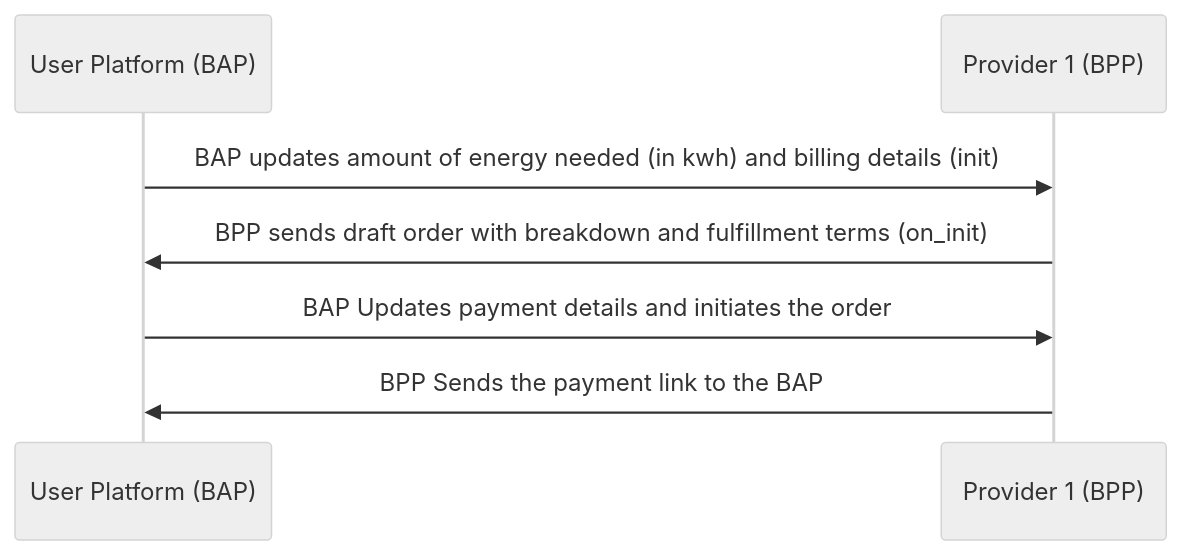
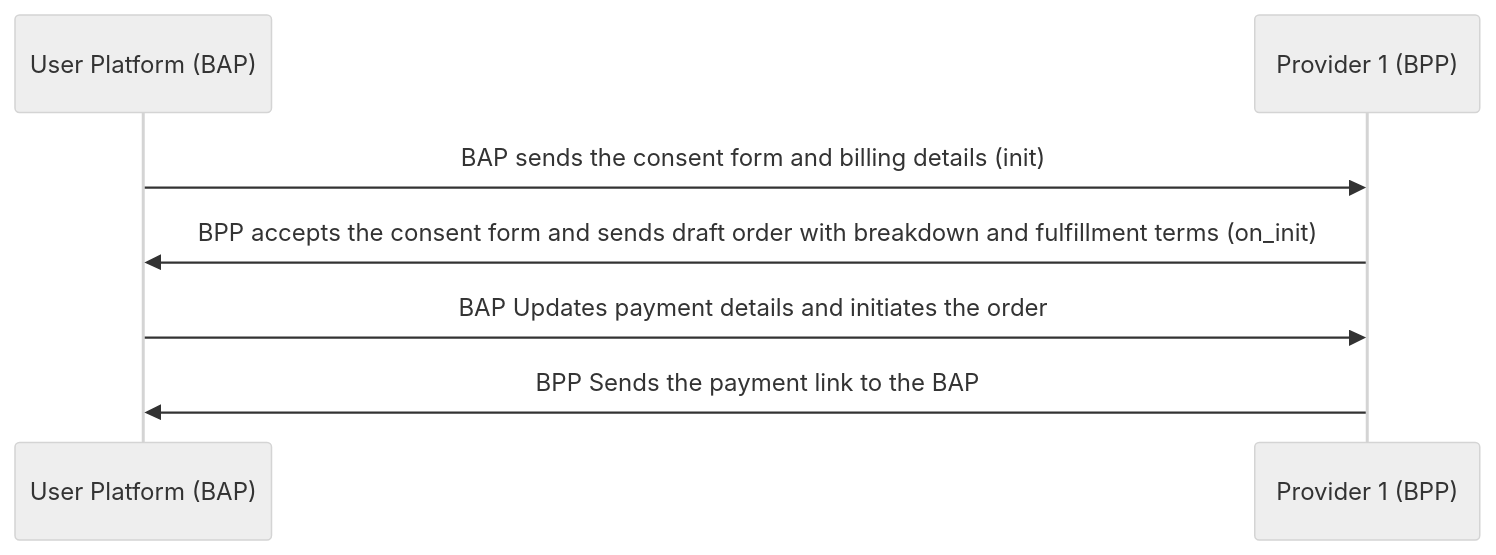
The sixth of 8 diagrams in docs/implementation-guides/General_Energy_Transaction_1.md (Sudheesh2609/DENT-Protocol), drawn with Mermaid (neutral theme) before and after one commit. The commit also changed other lines of this file, not shown here.

First line of the commit message:
Update General_Energy_Transaction_1.md

````diff
--- a/docs/implementation-guides/General_Energy_Transaction_1.md
+++ b/docs/implementation-guides/General_Energy_Transaction_1.md
@@ -173,7 +181,7 @@
 ```mermaid
     sequenceDiagram
-    User Platform (BAP)->> Provider 1 (BPP): BAP updates amount of energy needed (in kwh) and billing details (init)
-    Provider 1 (BPP)->>User Platform (BAP): BPP sends draft order with breakdown and fulfillment terms (on_init)
+    User Platform (BAP)->> Provider 1 (BPP): BAP sends the consent form and billing details (init)
+    Provider 1 (BPP)->>User Platform (BAP): BPP accepts the consent form and sends draft order with breakdown and fulfillment terms (on_init)
     User Platform (BAP)->> Provider 1 (BPP): BAP Updates payment details and initiates the order
     Provider 1 (BPP)->>User Platform (BAP): BPP Sends the payment link to the BAP
 ```
````
